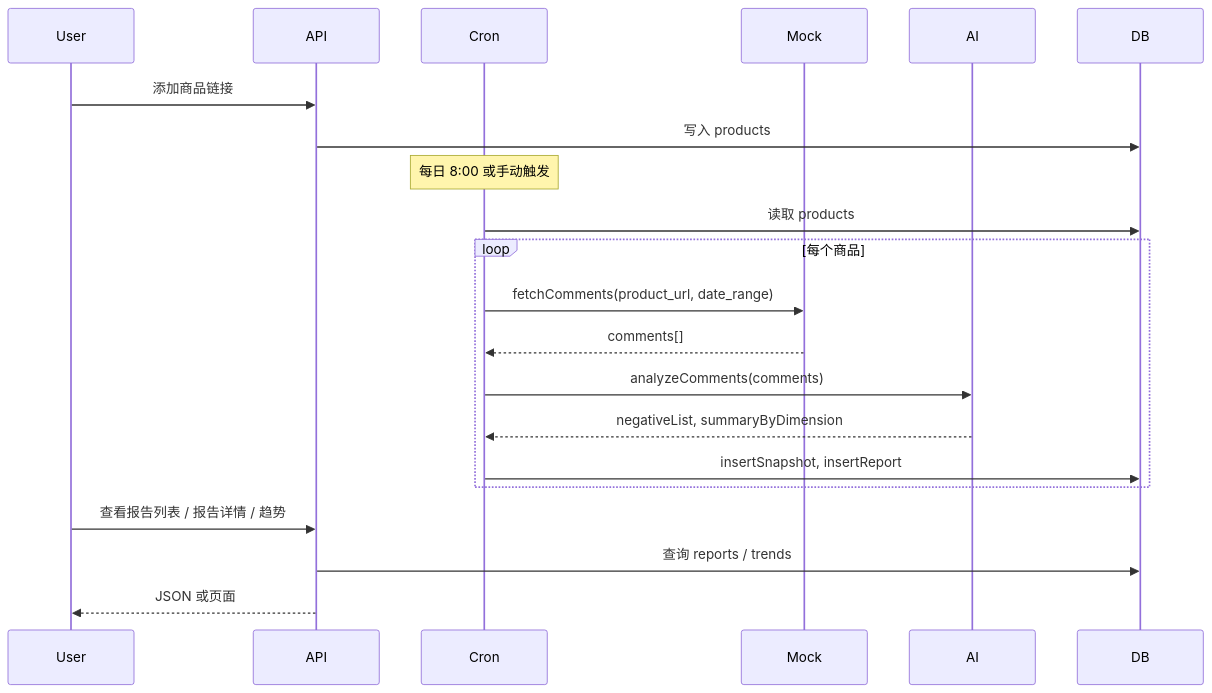
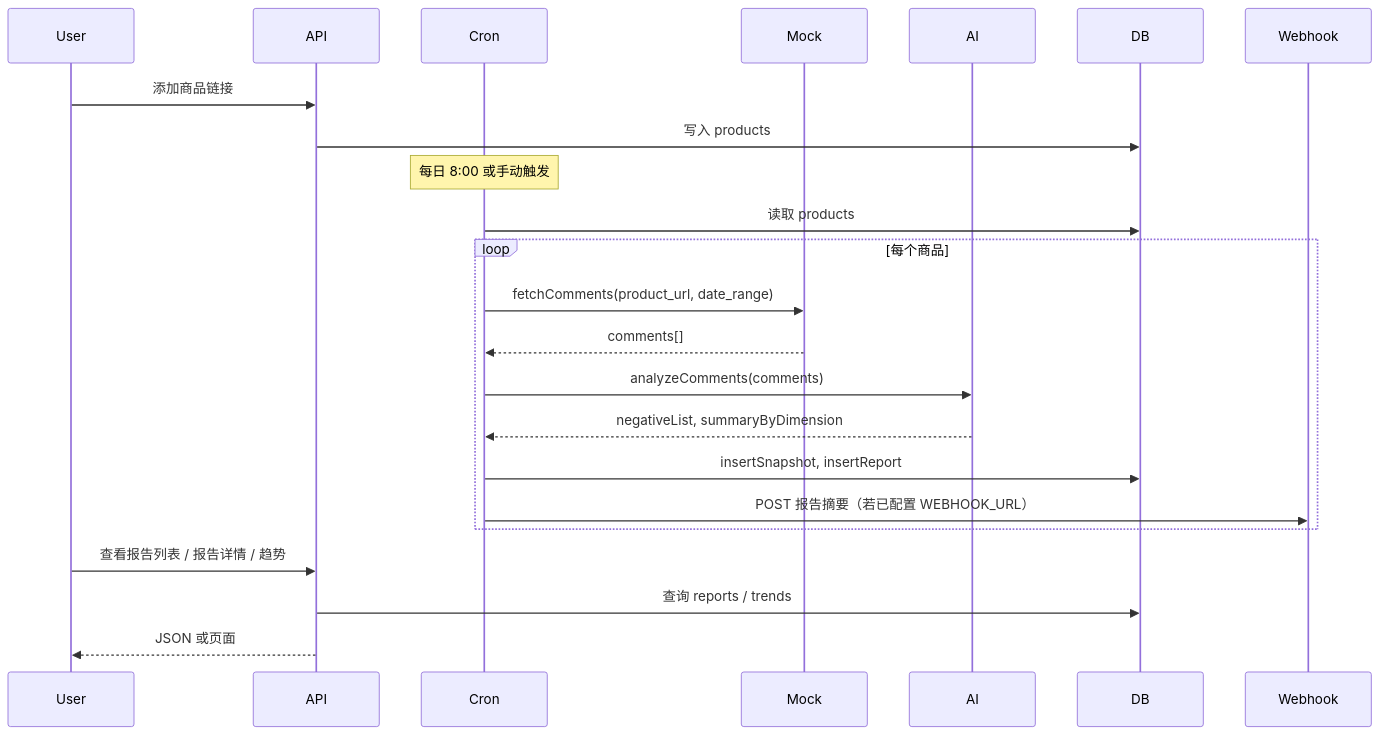
The second of 2 diagrams in review-monitor/DESIGN.md (jackjin1997/blueFocus-interview), drawn with Mermaid before and after one commit. The commit also changed other lines of this file and 11 other files, not shown here.

````diff
--- a/review-monitor/DESIGN.md
+++ b/review-monitor/DESIGN.md
@@ -44,26 +48,28 @@
 ```mermaid
 sequenceDiagram
   participant User
   participant API
   participant Cron
   participant Mock
   participant AI
   participant DB
+  participant Webhook
 
   User->>API: 添加商品链接
   API->>DB: 写入 products
 
   Note over Cron: 每日 8:00 或手动触发
   Cron->>DB: 读取 products
   loop 每个商品
     Cron->>Mock: fetchComments(product_url, date_range)
     Mock-->>Cron: comments[]
     Cron->>AI: analyzeComments(comments)
     AI-->>Cron: negativeList, summaryByDimension
     Cron->>DB: insertSnapshot, insertReport
+    Cron->>Webhook: POST 报告摘要（若已配置 WEBHOOK_URL）
   end
 
   User->>API: 查看报告列表 / 报告详情 / 趋势
   API->>DB: 查询 reports / trends
   API-->>User: JSON 或页面
 ```
````
